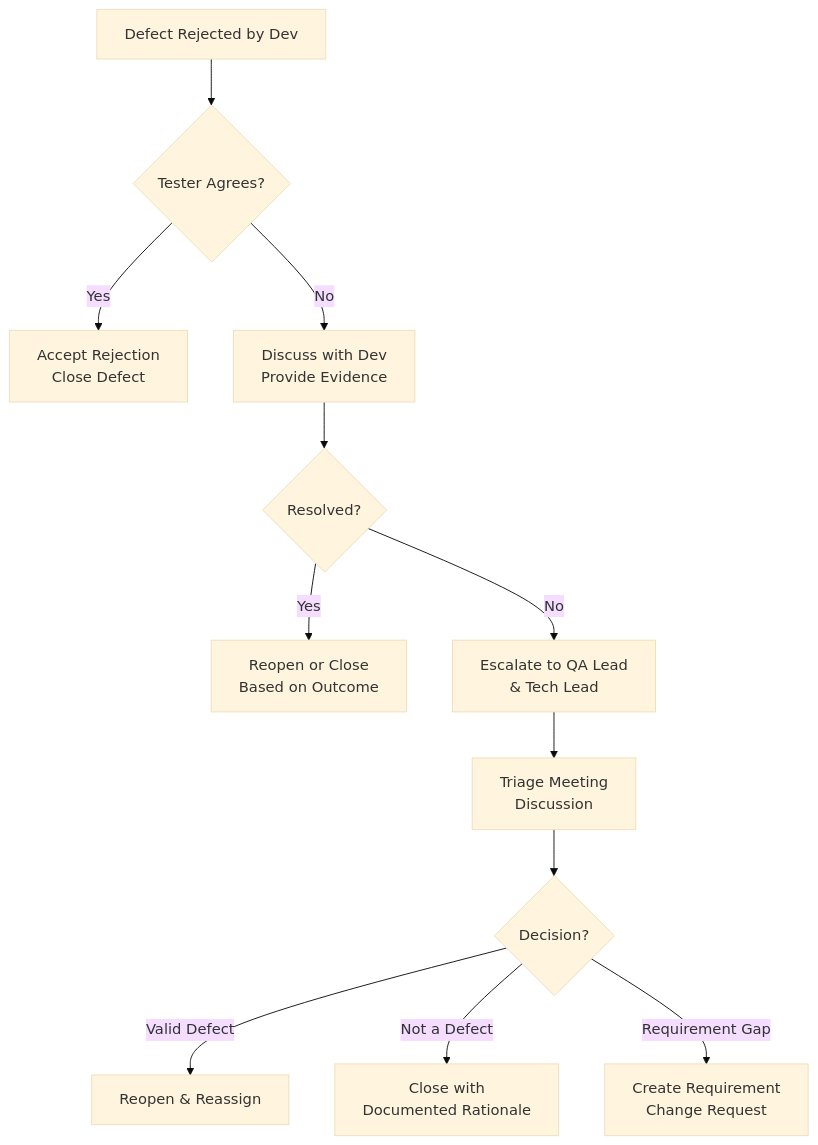
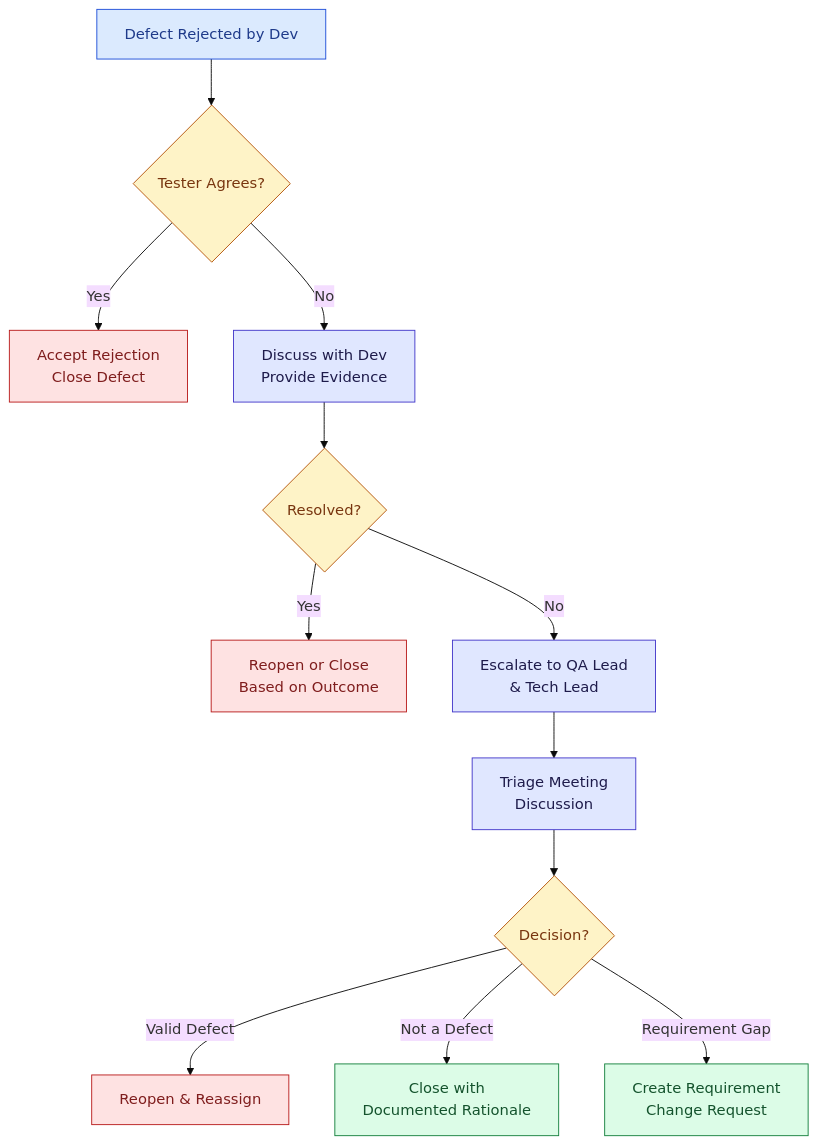
One commit to ghanendra-sdet/manual-testing-playbook changed the third of 8 diagrams in Part_07_Defect_Bug_Life_Cycle.md. Above: the diagram before and after it, drawn with Mermaid (base theme). The commit also changed other lines of this file and 15 other files, not shown here.

Commit message:
Fix broken routes and anchors; update OWASP 2025, ISTQB v4.0, WCAG 2.2, Jira/Zephyr naming and pricing; style diagrams

````diff
--- a/Part_07_Defect_Bug_Life_Cycle.md
+++ b/Part_07_Defect_Bug_Life_Cycle.md
@@ -493,14 +493,25 @@
 ```mermaid
 flowchart TD
     A["Defect Rejected by Dev"] --> B{"Tester Agrees?"}
     B -->|Yes| C["Accept Rejection<br/>Close Defect"]
     B -->|No| D["Discuss with Dev<br/>Provide Evidence"]
     D --> E{"Resolved?"}
     E -->|Yes| F["Reopen or Close<br/>Based on Outcome"]
     E -->|No| G["Escalate to QA Lead<br/>& Tech Lead"]
     G --> H["Triage Meeting<br/>Discussion"]
     H --> I{"Decision?"}
     I -->|Valid Defect| J["Reopen & Reassign"]
     I -->|Not a Defect| K["Close with<br/>Documented Rationale"]
     I -->|Requirement Gap| L["Create Requirement<br/>Change Request"]
+
+    classDef start fill:#dbeafe,stroke:#1d4ed8,color:#1e3a8a
+    classDef step fill:#e0e7ff,stroke:#4338ca,color:#1e1b4b
+    classDef decision fill:#fef3c7,stroke:#b45309,color:#78350f
+    classDef good fill:#dcfce7,stroke:#15803d,color:#14532d
+    classDef bad fill:#fee2e2,stroke:#b91c1c,color:#7f1d1d
+    class A start
+    class B,E,I decision
+    class C,F,J bad
+    class D,G,H step
+    class K,L good
 ```
````
